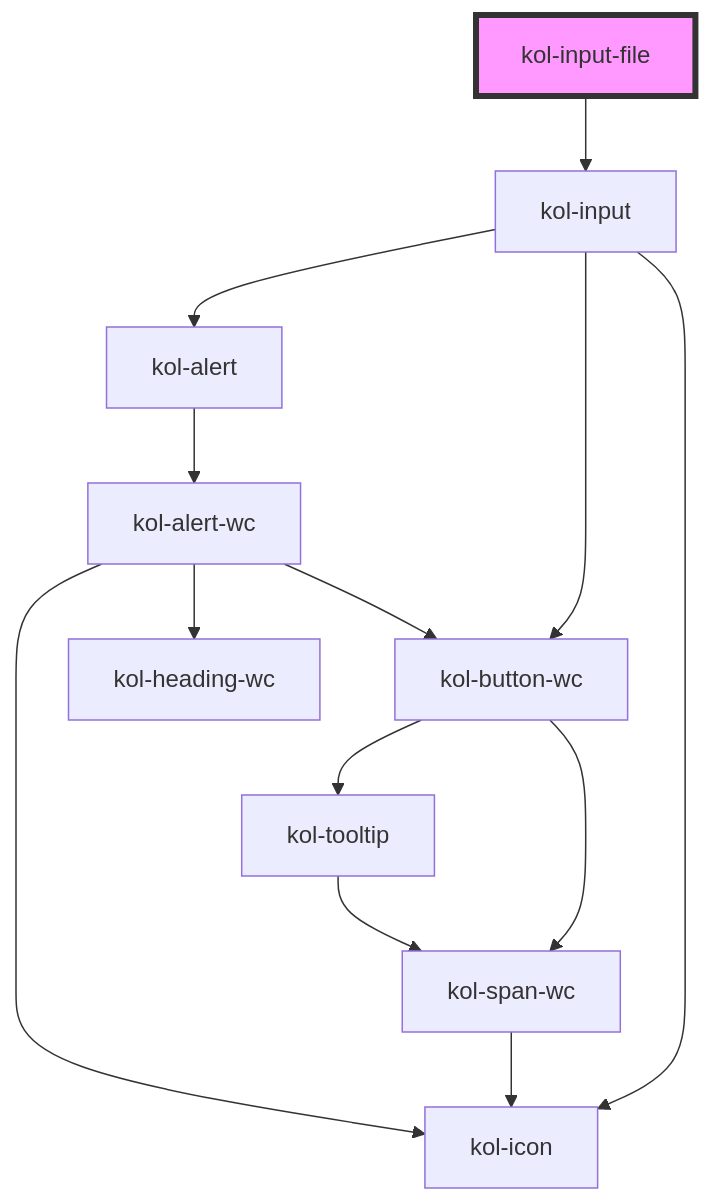
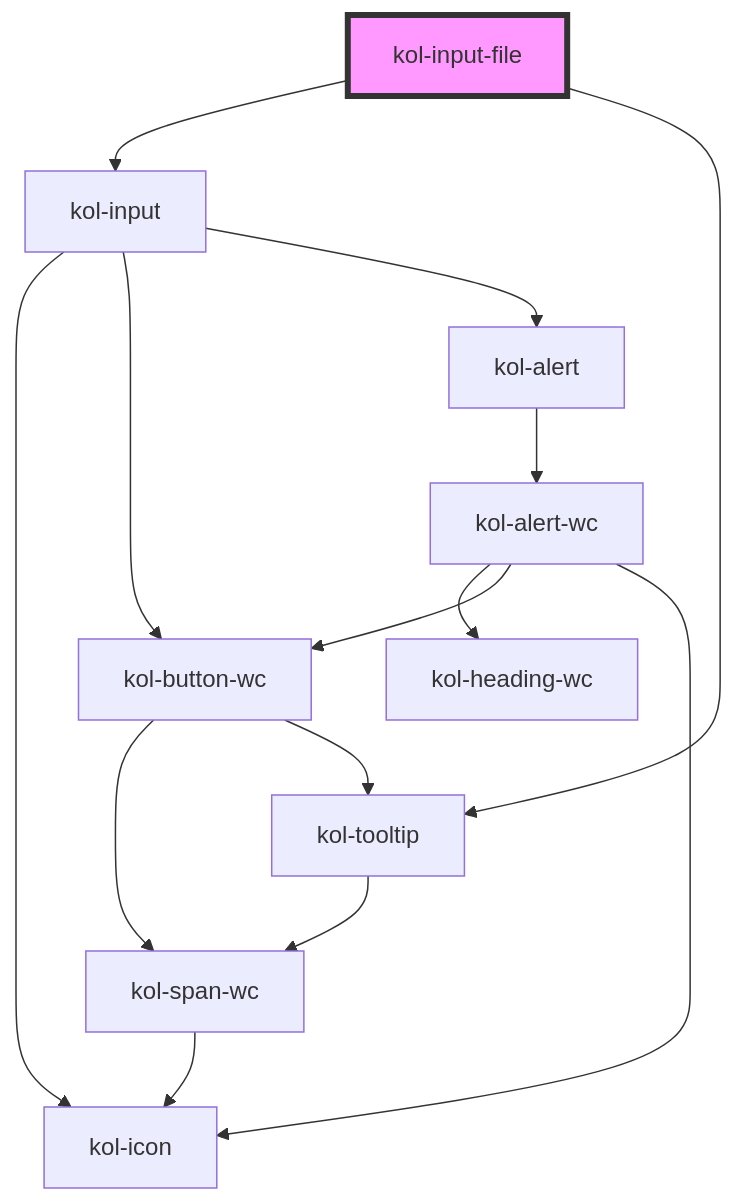
The diagram in packages/components/src/components/input-file/readme.md (public-ui/kolibri), drawn with Mermaid before and after one commit. The commit also changed other lines of this file and 96 other files, not shown here.

````diff
--- a/packages/components/src/components/input-file/readme.md
+++ b/packages/components/src/components/input-file/readme.md
@@ -81,16 +83,17 @@
 ```mermaid
 graph TD;
   kol-input-file --> kol-input
+  kol-input-file --> kol-tooltip
   kol-input --> kol-icon
   kol-input --> kol-button-wc
   kol-input --> kol-alert
   kol-button-wc --> kol-span-wc
   kol-button-wc --> kol-tooltip
   kol-span-wc --> kol-icon
   kol-tooltip --> kol-span-wc
   kol-alert --> kol-alert-wc
   kol-alert-wc --> kol-heading-wc
   kol-alert-wc --> kol-button-wc
   kol-alert-wc --> kol-icon
   style kol-input-file fill:#f9f,stroke:#333,stroke-width:4px
 ```
````
